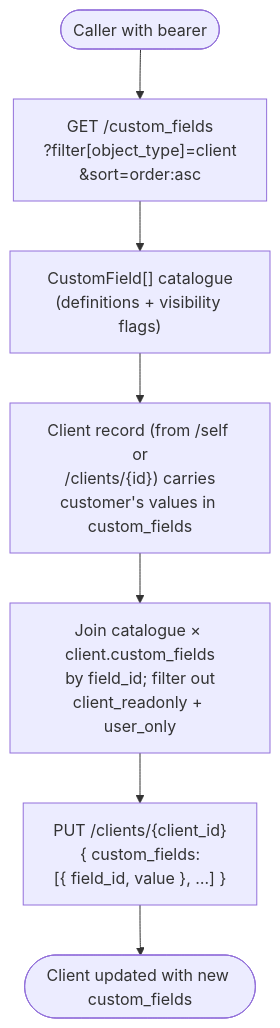
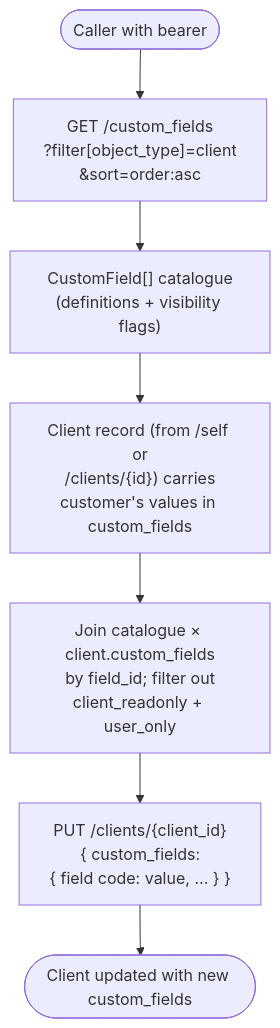
The third of 4 diagrams in packages/headless/src/modules/client/docs/foundation.md (upmind/upmind-ui), drawn with Mermaid before and after one commit. The commit also changed other lines of this file and 124 other files, not shown here.

````diff
--- a/packages/headless/src/modules/client/docs/foundation.md
+++ b/packages/headless/src/modules/client/docs/foundation.md
@@ -1044,9 +1044,9 @@
 ```mermaid
 flowchart TD
     A([Caller with bearer]) --> B["GET /custom_fields<br/>?filter[object_type]=client<br/>&sort=order:asc"]
     B --> C["CustomField[] catalogue<br/>(definitions + visibility flags)"]
     C --> D["Client record (from /self or<br/>/clients/{id}) carries<br/>customer's values in custom_fields"]
     D --> E["Join catalogue × client.custom_fields<br/>by field_id; filter out<br/>client_readonly + user_only"]
-    E --> F["PUT /clients/{client_id}<br/>{ custom_fields:<br/>[{ field_id, value }, …] }"]
+    E --> F["PUT /clients/{client_id}<br/>{ custom_fields:<br/>{ field code: value, … } }"]
     F --> G([Client updated with new custom_fields])
 ```
````
